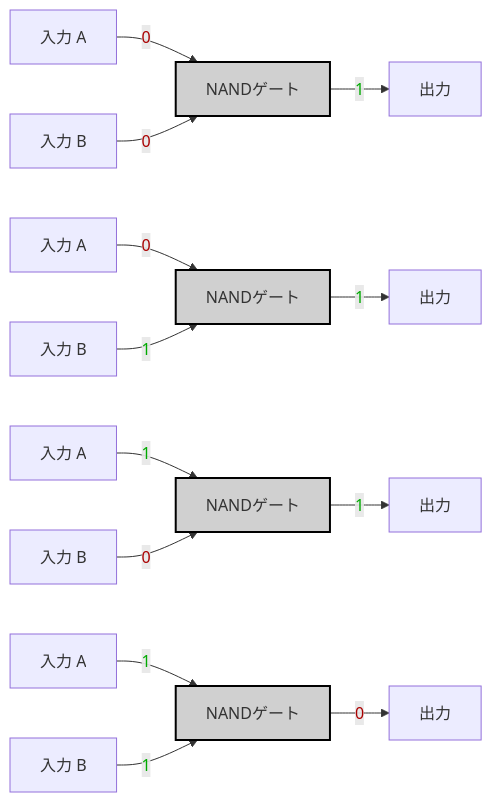
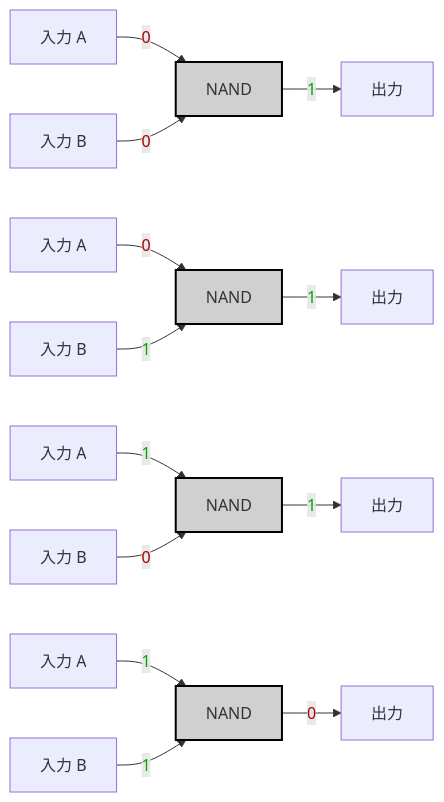
One commit to MeJamoLeo/Vault_Templates changed the diagram in 99_Projects/Nand2Tetris/HackHDL/NAND.md. Above: the diagram before and after it, drawn with Mermaid. The commit also changed other lines of this file and 3 other files, not shown here.

````diff
--- a/99_Projects/Nand2Tetris/HackHDL/NAND.md
+++ b/99_Projects/Nand2Tetris/HackHDL/NAND.md
@@ -20,20 +22,20 @@
 ```mermaid
 graph LR;
 A0["入力 A"] -->|<span style="color:#a00">0</span>| NAND0;
 B0["入力 B"] -->|<span style="color:#a00">0</span>| NAND0;
-NAND0["NANDゲート"]:::gate -->|<span style="color:#0a0">1</span>| OUT0["出力"];
+NAND0["NAND"]:::gate -->|<span style="color:#0a0">1</span>| OUT0["出力"];
 
 A1["入力 A"] -->|<span style="color:#a00">0</span>| NAND1;
 B1["入力 B"] -->|<span style="color:#0a0">1</span>| NAND1;
-NAND1["NANDゲート"]:::gate -->|<span style="color:#0a0">1</span>| OUT1["出力"];
+NAND1["NAND"]:::gate -->|<span style="color:#0a0">1</span>| OUT1["出力"];
 
 A2["入力 A"] -->|<span style="color:#0a0">1</span>| NAND2;
 B2["入力 B"] -->|<span style="color:#a00">0</span>| NAND2;
-NAND2["NANDゲート"]:::gate -->|<span style="color:#0a0">1</span>| OUT2["出力"];
+NAND2["NAND"]:::gate -->|<span style="color:#0a0">1</span>| OUT2["出力"];
 
 A3["入力 A"] -->|<span style="color:#0a0">1</span>| NAND3;
 B3["入力 B"] -->|<span style="color:#0a0">1</span>| NAND3;
-NAND3["NANDゲート"]:::gate -->|<span style="color:#a00">0</span>| OUT3["出力"];
+NAND3["NAND"]:::gate -->|<span style="color:#a00">0</span>| OUT3["出力"];
 
 classDef gate fill:#d0d0d0,stroke:#000,stroke-width:2px;
 ```
````
